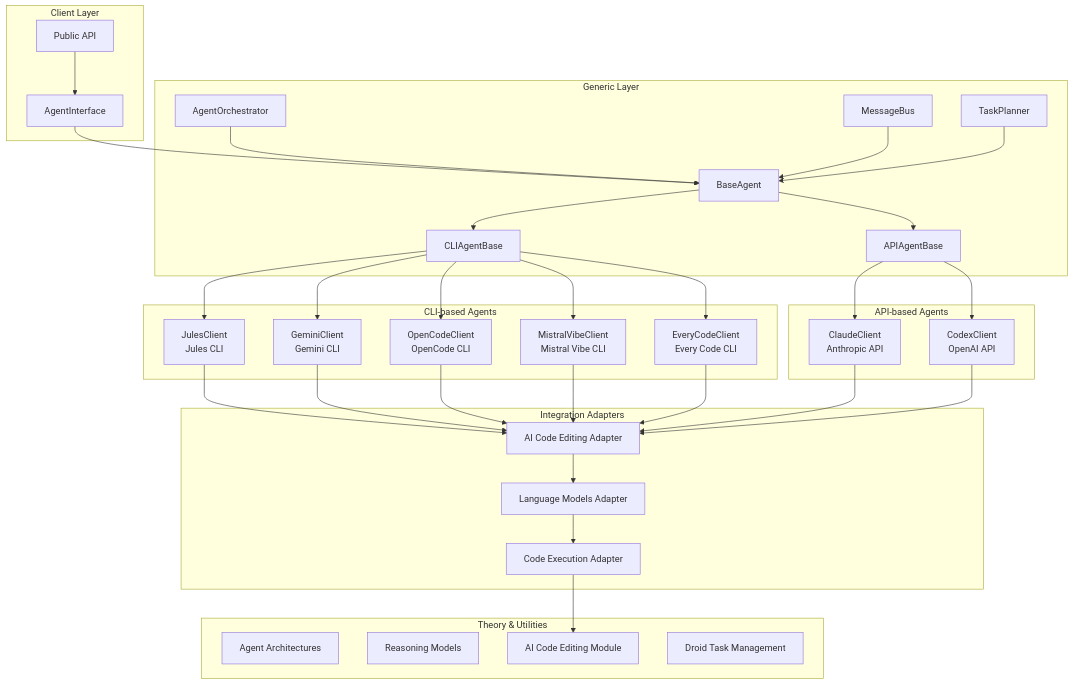
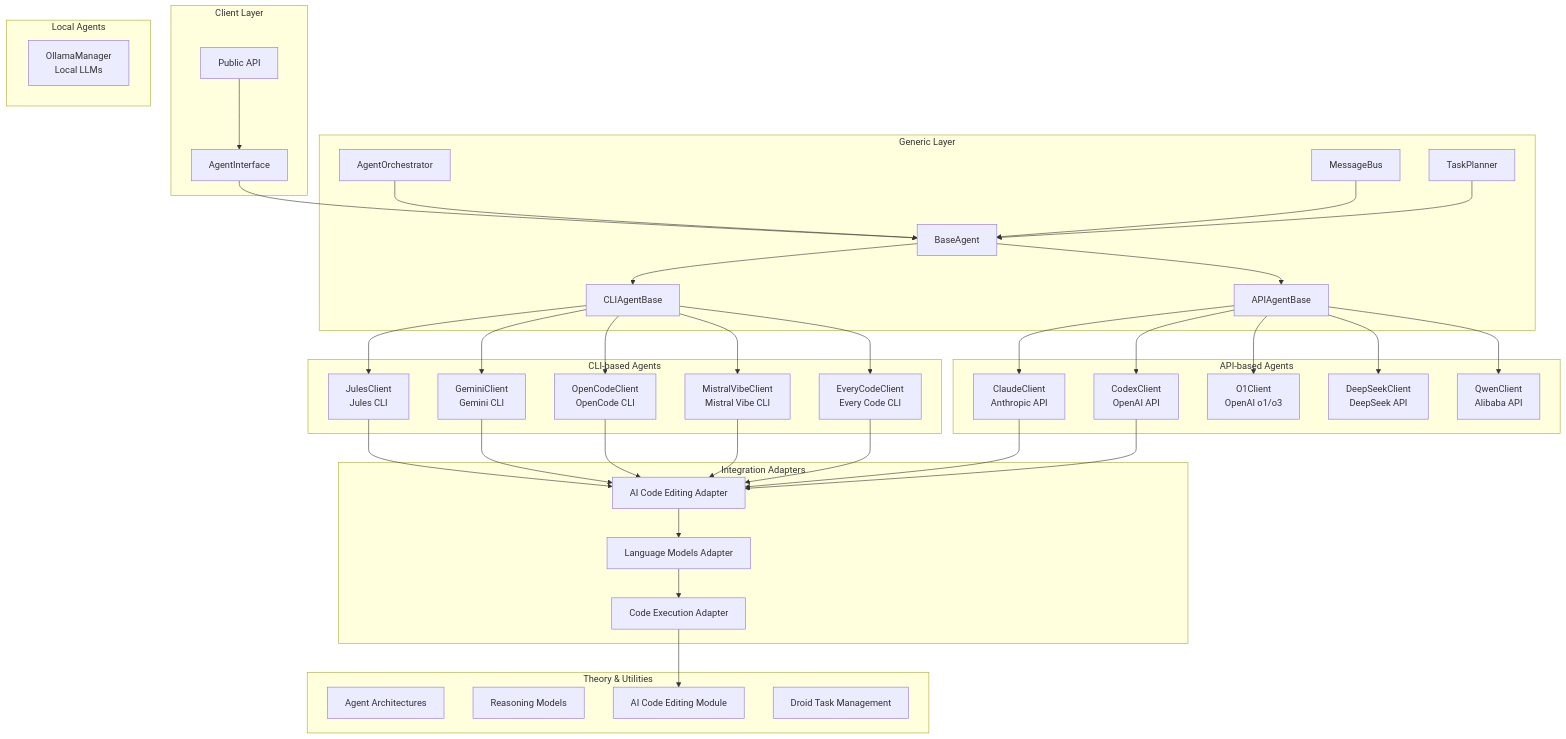
One commit to docxology/codomyrmex changed the diagram in src/codomyrmex/agents/SPEC.md. Above: the diagram before and after it, drawn with Mermaid. The commit also changed other lines of this file and 31 other files, not shown here.

````diff
--- a/src/codomyrmex/agents/SPEC.md
+++ b/src/codomyrmex/agents/SPEC.md
@@ -51,70 +53,80 @@
 ```mermaid
 graph TD
     subgraph "Client Layer"
         PublicAPI[Public API]
         AgentInterface[AgentInterface]
     end
 
     subgraph "Generic Layer"
         BaseAgent[BaseAgent]
         CLIAgentBase[CLIAgentBase]
         APIAgentBase[APIAgentBase]
         AgentOrchestrator[AgentOrchestrator]
         MessageBus[MessageBus]
         TaskPlanner[TaskPlanner]
     end
 
     subgraph "CLI-based Agents"
         JulesClient[JulesClient<br/>Jules CLI]
         GeminiClient[GeminiClient<br/>Gemini CLI]
         OpenCodeClient[OpenCodeClient<br/>OpenCode CLI]
         MistralVibeClient[MistralVibeClient<br/>Mistral Vibe CLI]
         EveryCodeClient[EveryCodeClient<br/>Every Code CLI]
     end
 
     subgraph "API-based Agents"
         ClaudeClient[ClaudeClient<br/>Anthropic API]
         CodexClient[CodexClient<br/>OpenAI API]
+        O1Client[O1Client<br/>OpenAI o1/o3]
+        DeepSeekClient[DeepSeekClient<br/>DeepSeek API]
+        QwenClient[QwenClient<br/>Alibaba API]
+    end
+
+    subgraph "Local Agents"
+        OllamaManager[OllamaManager<br/>Local LLMs]
     end
 
     subgraph "Integration Adapters"
         AICodeEditingAdapter[AI Code Editing Adapter]
         LanguageModelsAdapter[Language Models Adapter]
         CodeExecutionAdapter[Code Execution Adapter]
     end
 
     subgraph "Theory & Utilities"
         Architectures[Agent Architectures]
         ReasoningModels[Reasoning Models]
         AICodeEditing[AI Code Editing Module]
         DroidModule[Droid Task Management]
     end
 
     PublicAPI --> AgentInterface
     AgentInterface --> BaseAgent
     BaseAgent --> CLIAgentBase
     BaseAgent --> APIAgentBase
     CLIAgentBase --> JulesClient
     CLIAgentBase --> GeminiClient
     CLIAgentBase --> OpenCodeClient
     CLIAgentBase --> MistralVibeClient
     CLIAgentBase --> EveryCodeClient
     APIAgentBase --> ClaudeClient
     APIAgentBase --> CodexClient
+    APIAgentBase --> O1Client
+    APIAgentBase --> DeepSeekClient
+    APIAgentBase --> QwenClient
 
     AgentOrchestrator --> BaseAgent
     MessageBus --> BaseAgent
     TaskPlanner --> BaseAgent
 
     JulesClient --> AICodeEditingAdapter
     GeminiClient --> AICodeEditingAdapter
     OpenCodeClient --> AICodeEditingAdapter
     MistralVibeClient --> AICodeEditingAdapter
     EveryCodeClient --> AICodeEditingAdapter
     ClaudeClient --> AICodeEditingAdapter
     CodexClient --> AICodeEditingAdapter
 
     AICodeEditingAdapter --> LanguageModelsAdapter
     LanguageModelsAdapter --> CodeExecutionAdapter
     CodeExecutionAdapter --> AICodeEditing
 ```
````
